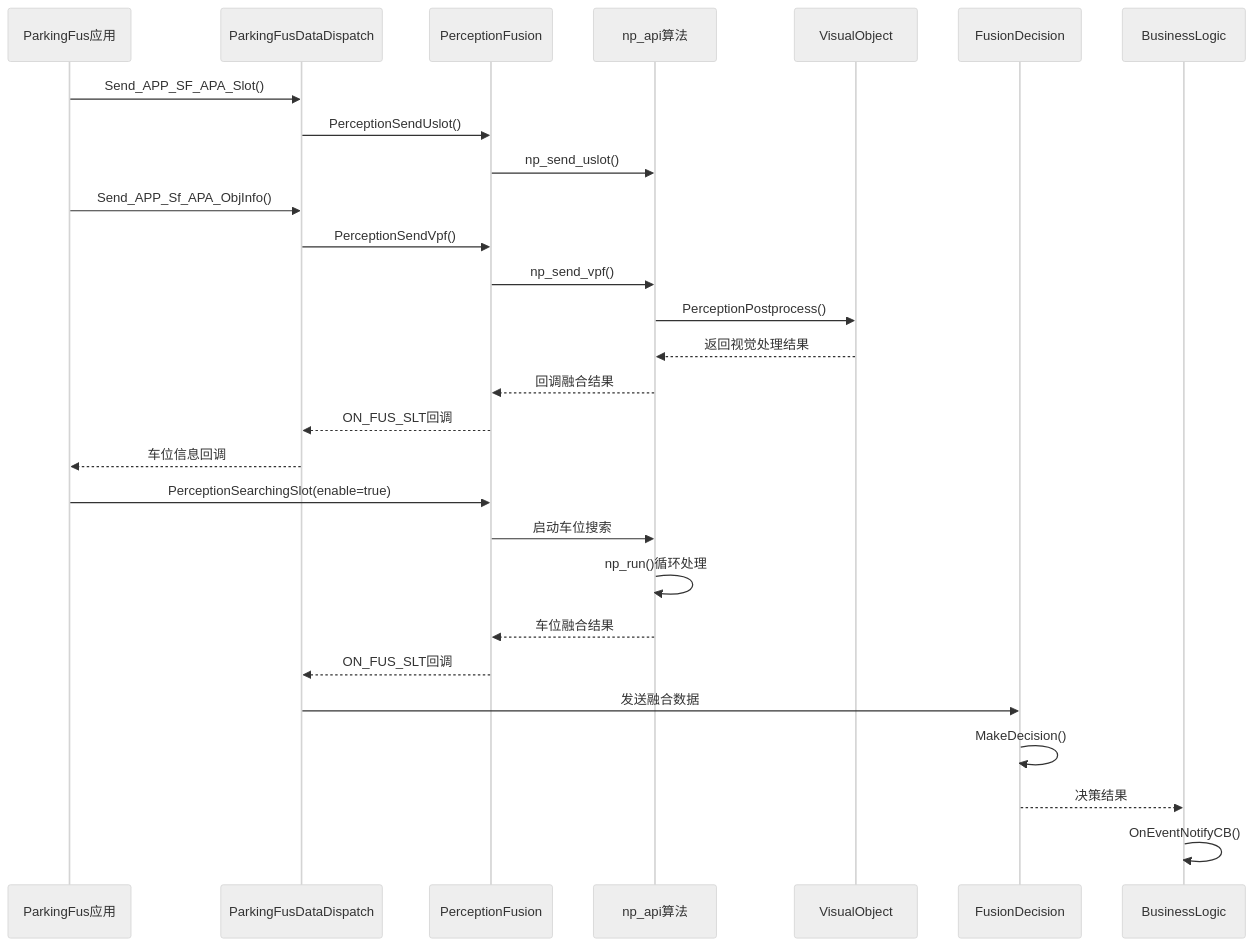
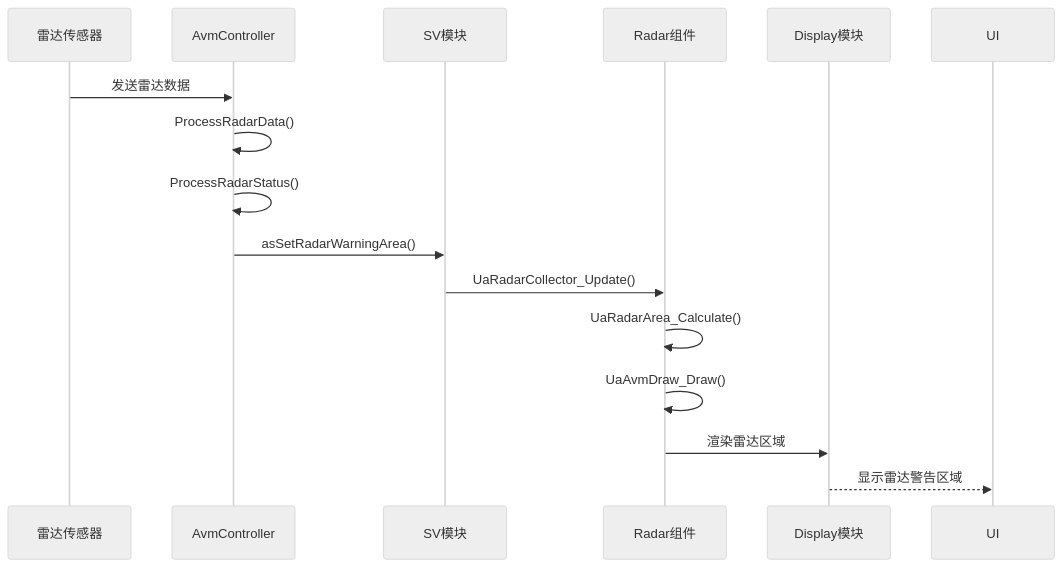
One commit to wangye311/AVM changed the seventh of 9 diagrams in 项目架构图.md. Above: the diagram before and after it, drawn with Mermaid (neutral theme). The commit also changed other lines of this file, not shown here.

````diff
--- a/项目架构图.md
+++ b/项目架构图.md
@@ -675,34 +343,18 @@
 ```mermaid
 sequenceDiagram
-    participant App as ParkingFus应用
-    participant Dispatch as ParkingFusDataDispatch
-    participant PF as PerceptionFusion
-    participant NP as np_api算法
-    participant VO as VisualObject
-    participant FD as FusionDecision
-    participant BL as BusinessLogic
+    participant Radar as 雷达传感器
+    participant AC as AvmController
+    participant SV as SV模块
+    participant RadarComp as Radar组件
+    participant Display as Display模块
     
-    App->>Dispatch: Send_APP_SF_APA_Slot()
-    Dispatch->>PF: PerceptionSendUslot()
-    PF->>NP: np_send_uslot()
-    
-    App->>Dispatch: Send_APP_Sf_APA_ObjInfo()
-    Dispatch->>PF: PerceptionSendVpf()
-    PF->>NP: np_send_vpf()
-    NP->>VO: PerceptionPostprocess()
-    VO-->>NP: 返回视觉处理结果
-    NP-->>PF: 回调融合结果
-    PF-->>Dispatch: ON_FUS_SLT回调
-    Dispatch-->>App: 车位信息回调
-    
-    App->>PF: PerceptionSearchingSlot(enable=true)
-    PF->>NP: 启动车位搜索
-    NP->>NP: np_run()循环处理
-    NP-->>PF: 车位融合结果
-    PF-->>Dispatch: ON_FUS_SLT回调
-    
-    Dispatch->>FD: 发送融合数据
-    FD->>FD: MakeDecision()
-    FD-->>BL: 决策结果
-    BL->>BL: OnEventNotifyCB()
+    Radar->>AC: 发送雷达数据
+    AC->>AC: ProcessRadarData()
+    AC->>AC: ProcessRadarStatus()
+    AC->>SV: asSetRadarWarningArea()
+    SV->>RadarComp: UaRadarCollector_Update()
+    RadarComp->>RadarComp: UaRadarArea_Calculate()
+    RadarComp->>RadarComp: UaAvmDraw_Draw()
+    RadarComp->>Display: 渲染雷达区域
+    Display-->>UI: 显示雷达警告区域
 ```
````
